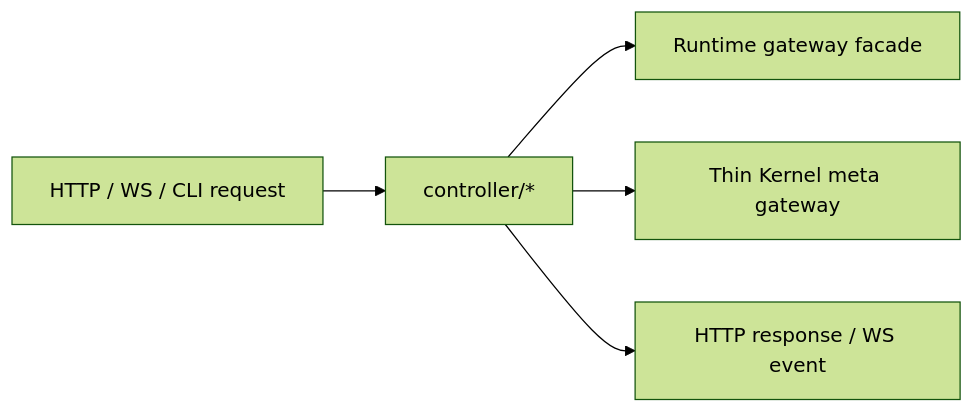
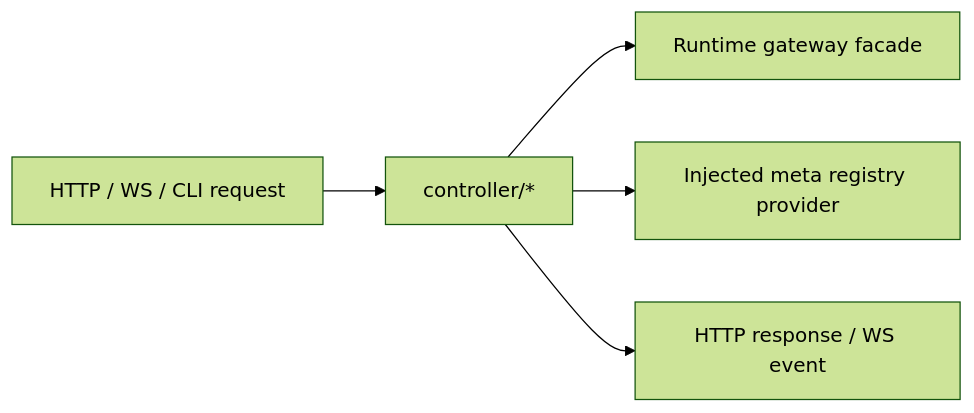
One commit to zhongmiao-org/meta-lc-platform changed the diagram in packages/bff/README.md. Above: the diagram before and after it, drawn with Mermaid (forest theme). The commit also changed other lines of this file and 14 other files, not shown here.

````diff
--- a/packages/bff/README.md
+++ b/packages/bff/README.md
@@ -73,7 +74,7 @@
 ```mermaid
 flowchart LR
   Http["HTTP / WS / CLI request"] --> Entry["controller/*"]
   Entry --> Runtime["Runtime gateway facade"]
-  Entry --> Kernel["Thin Kernel meta gateway"]
+  Entry --> MetaProvider["Injected meta registry provider"]
   Entry --> Response["HTTP response / WS event"]
 ```
````
